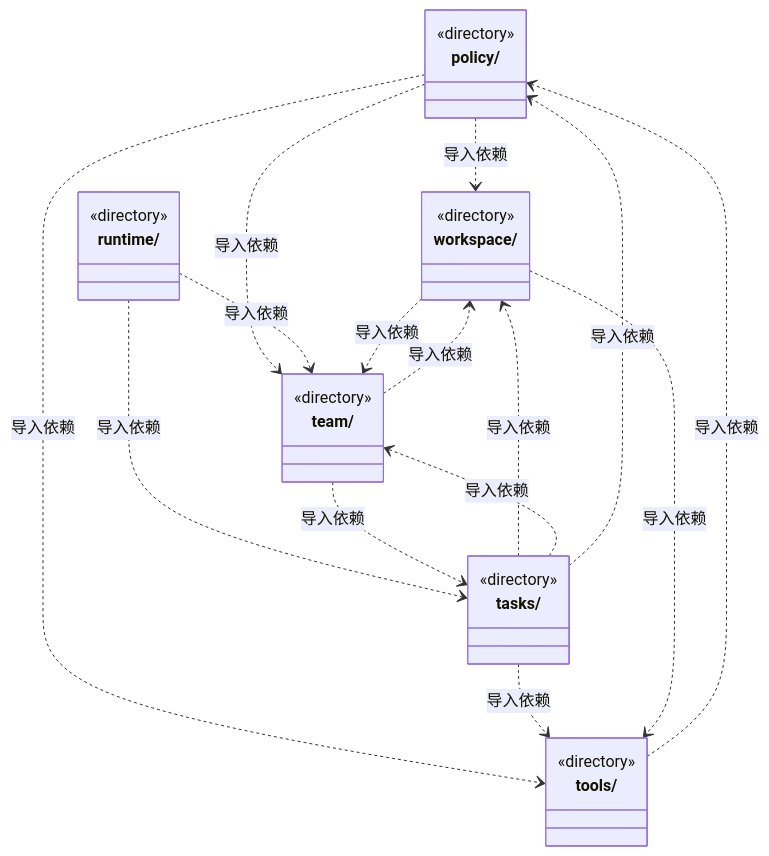
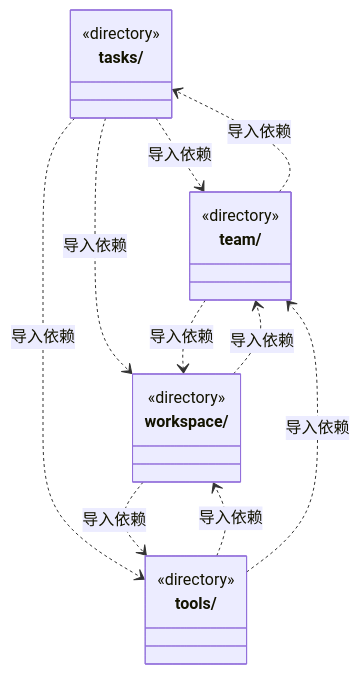
One commit to nan023062/cbim changed the third of 3 diagrams in src/backend/core/ARCHITECTURE.md. Above: the diagram before and after it, drawn with Mermaid. The commit also changed other lines of this file and 971 other files, not shown here.

````diff
--- a/src/backend/core/ARCHITECTURE.md
+++ b/src/backend/core/ARCHITECTURE.md
@@ -42,35 +67,24 @@
 ```mermaid
 classDiagram
-class N_src_backend_core_policy["policy/"] {
-  <<directory>>
-}
-class N_src_backend_core_runtime["runtime/"] {
-  <<directory>>
-}
 class N_src_backend_core_tasks["tasks/"] {
   <<directory>>
 }
 class N_src_backend_core_team["team/"] {
   <<directory>>
 }
 class N_src_backend_core_tools["tools/"] {
   <<directory>>
 }
 class N_src_backend_core_workspace["workspace/"] {
   <<directory>>
 }
-N_src_backend_core_policy ..> N_src_backend_core_tools : 导入依赖
-N_src_backend_core_policy ..> N_src_backend_core_workspace : 导入依赖
-N_src_backend_core_policy ..> N_src_backend_core_team : 导入依赖
-N_src_backend_core_runtime ..> N_src_backend_core_tasks : 导入依赖
-N_src_backend_core_runtime ..> N_src_backend_core_team : 导入依赖
+N_src_backend_core_tasks ..> N_src_backend_core_team : 导入依赖
 N_src_backend_core_tasks ..> N_src_backend_core_tools : 导入依赖
 N_src_backend_core_tasks ..> N_src_backend_core_workspace : 导入依赖
-N_src_backend_core_tasks ..> N_src_backend_core_team : 导入依赖
-N_src_backend_core_tasks ..> N_src_backend_core_policy : 导入依赖
 N_src_backend_core_team ..> N_src_backend_core_workspace : 导入依赖
 N_src_backend_core_team ..> N_src_backend_core_tasks : 导入依赖
-N_src_backend_core_tools ..> N_src_backend_core_policy : 导入依赖
+N_src_backend_core_tools ..> N_src_backend_core_workspace : 导入依赖
+N_src_backend_core_tools ..> N_src_backend_core_team : 导入依赖
 N_src_backend_core_workspace ..> N_src_backend_core_team : 导入依赖
 N_src_backend_core_workspace ..> N_src_backend_core_tools : 导入依赖
 ```
````
